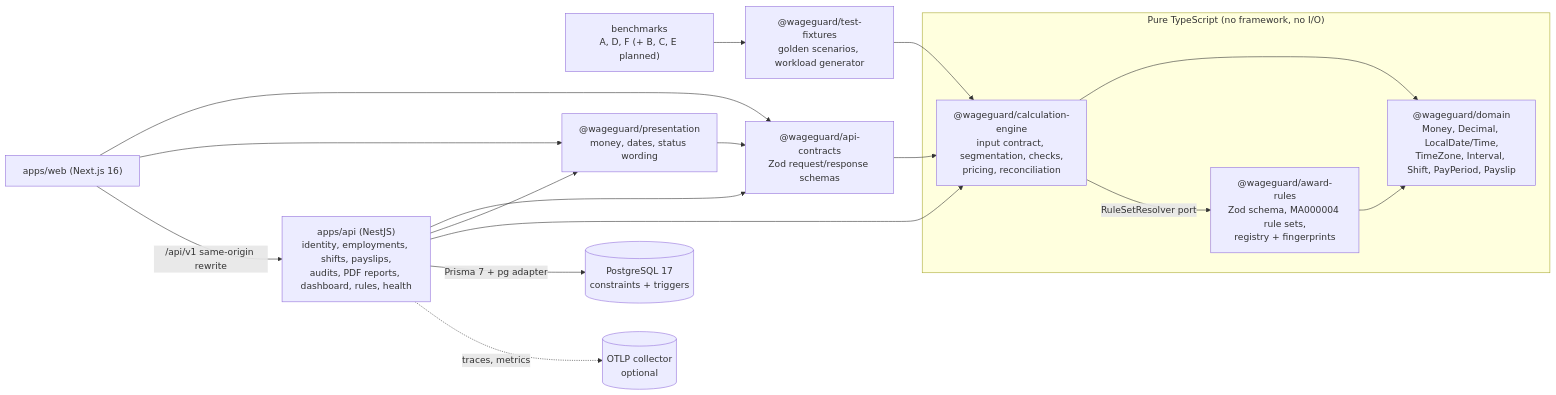
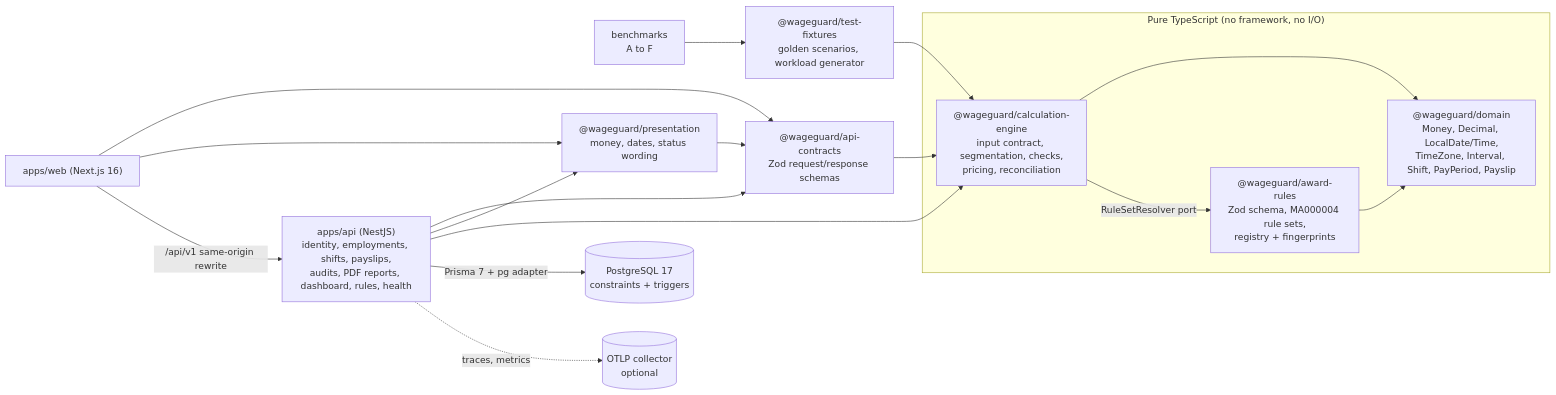
The diagram in docs/architecture.md (ijfabi/wageguard), drawn with Mermaid before and after one commit. The commit also changed other lines of this file and 77 other files, not shown here.

````diff
--- a/docs/architecture.md
+++ b/docs/architecture.md
@@ -7,32 +7,32 @@
 ```mermaid
 flowchart LR
   subgraph Pure["Pure TypeScript (no framework, no I/O)"]
     domain["@wageguard/domain<br/>Money, Decimal, LocalDate/Time,<br/>TimeZone, Interval, Shift, PayPeriod, Payslip"]
     rules["@wageguard/award-rules<br/>Zod schema, MA000004 rule sets,<br/>registry + fingerprints"]
     engine["@wageguard/calculation-engine<br/>input contract, segmentation, checks,<br/>pricing, reconciliation"]
   end
   fixtures["@wageguard/test-fixtures<br/>golden scenarios, workload generator"]
-  bench["benchmarks<br/>A, D, F (+ B, C, E planned)"]
+  bench["benchmarks<br/>A to F"]
   contracts["@wageguard/api-contracts<br/>Zod request/response schemas"]
   presentation["@wageguard/presentation<br/>money, dates, status wording"]
   api["apps/api (NestJS)<br/>identity, employments, shifts, payslips,<br/>audits, PDF reports, dashboard, rules, health"]
   web["apps/web (Next.js 16)"]
   db[("PostgreSQL 17<br/>constraints + triggers")]
   otel[("OTLP collector<br/>optional")]
 
   rules --> domain
   engine --> domain
   engine -->|RuleSetResolver port| rules
   fixtures --> engine
   bench --> fixtures
   contracts --> engine
   presentation --> contracts
   api --> contracts
   api --> presentation
   api --> engine
   api -->|Prisma 7 + pg adapter| db
   api -.->|traces, metrics| otel
   web --> contracts
   web --> presentation
   web -->|/api/v1 same-origin rewrite| api
 ```
````
